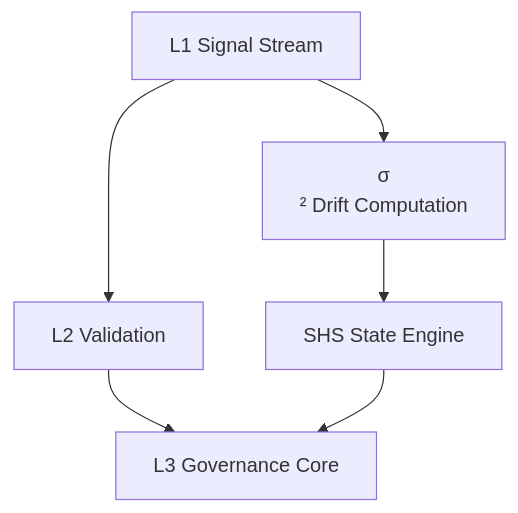
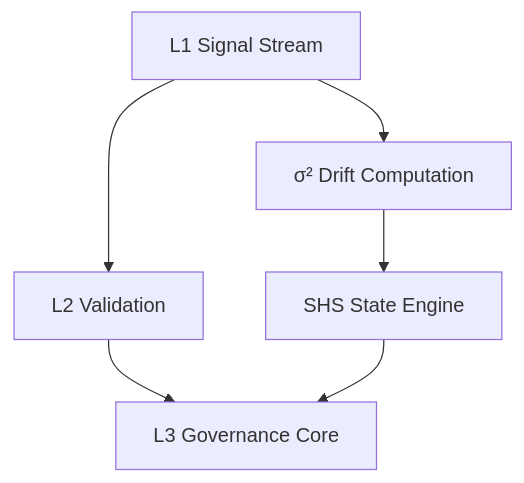
One commit to GeneralSergal/ORP changed the third of 5 diagrams in README.md. Above: the diagram before and after it, drawn with Mermaid. The commit also changed other lines of this file, not shown here.

````diff
--- a/README.md
+++ b/README.md
@@ -75,9 +86,8 @@
 ```mermaid
 flowchart TD
     L1[L1 Signal Stream] --> L2[L2 Validation]
     L2 --> L3[L3 Governance Core]
-    L1 --> SIGMA[σ
-² Drift Computation]
+    L1 --> SIGMA[σ² Drift Computation]
     SIGMA --> SHS[SHS State Engine]
     SHS --> L3
 ```
````
